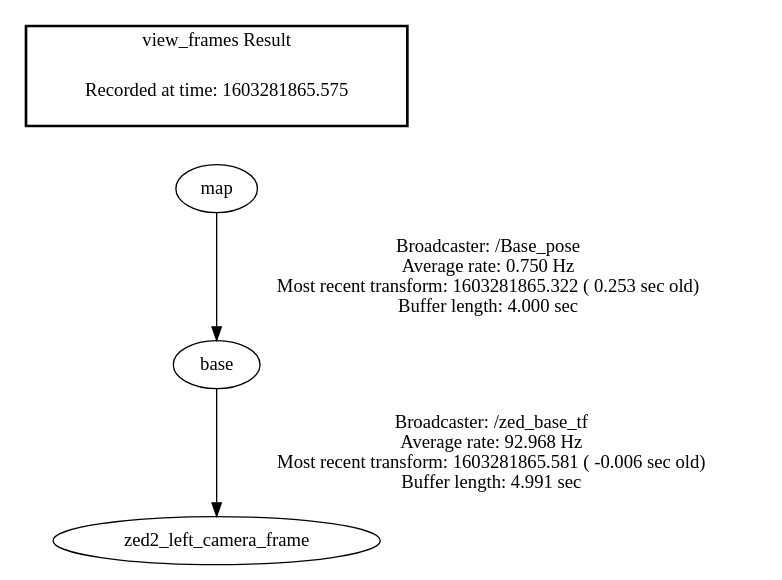
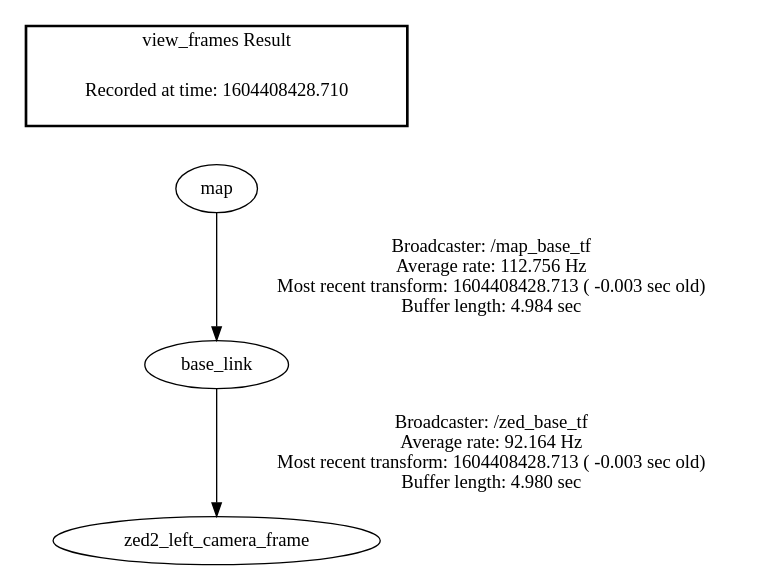
Before and after one commit to Thomasklein-git/Yolo: the diagram in frames.gv, drawn with Graphviz. The commit also changed 8 other files, not shown here.

```diff
--- a/frames.gv
+++ b/frames.gv
@@ -1,8 +1,8 @@
 digraph G {
-"base" -> "zed2_left_camera_frame"[label="Broadcaster: /zed_base_tf\nAverage rate: 92.968 Hz\nMost recent transform: 1603281865.581 ( -0.006 sec old)\nBuffer length: 4.991 sec\n"];
-"map" -> "base"[label="Broadcaster: /Base_pose\nAverage rate: 0.750 Hz\nMost recent transform: 1603281865.322 ( 0.253 sec old)\nBuffer length: 4.000 sec\n"];
+"map" -> "base_link"[label="Broadcaster: /map_base_tf\nAverage rate: 112.756 Hz\nMost recent transform: 1604408428.713 ( -0.003 sec old)\nBuffer length: 4.984 sec\n"];
+"base_link" -> "zed2_left_camera_frame"[label="Broadcaster: /zed_base_tf\nAverage rate: 92.164 Hz\nMost recent transform: 1604408428.713 ( -0.003 sec old)\nBuffer length: 4.980 sec\n"];
 edge [style=invis];
  subgraph cluster_legend { style=bold; color=black; label ="view_frames Result";
-"Recorded at time: 1603281865.575"[ shape=plaintext ] ;
+"Recorded at time: 1604408428.710"[ shape=plaintext ] ;
  }->"map";
 }
```
